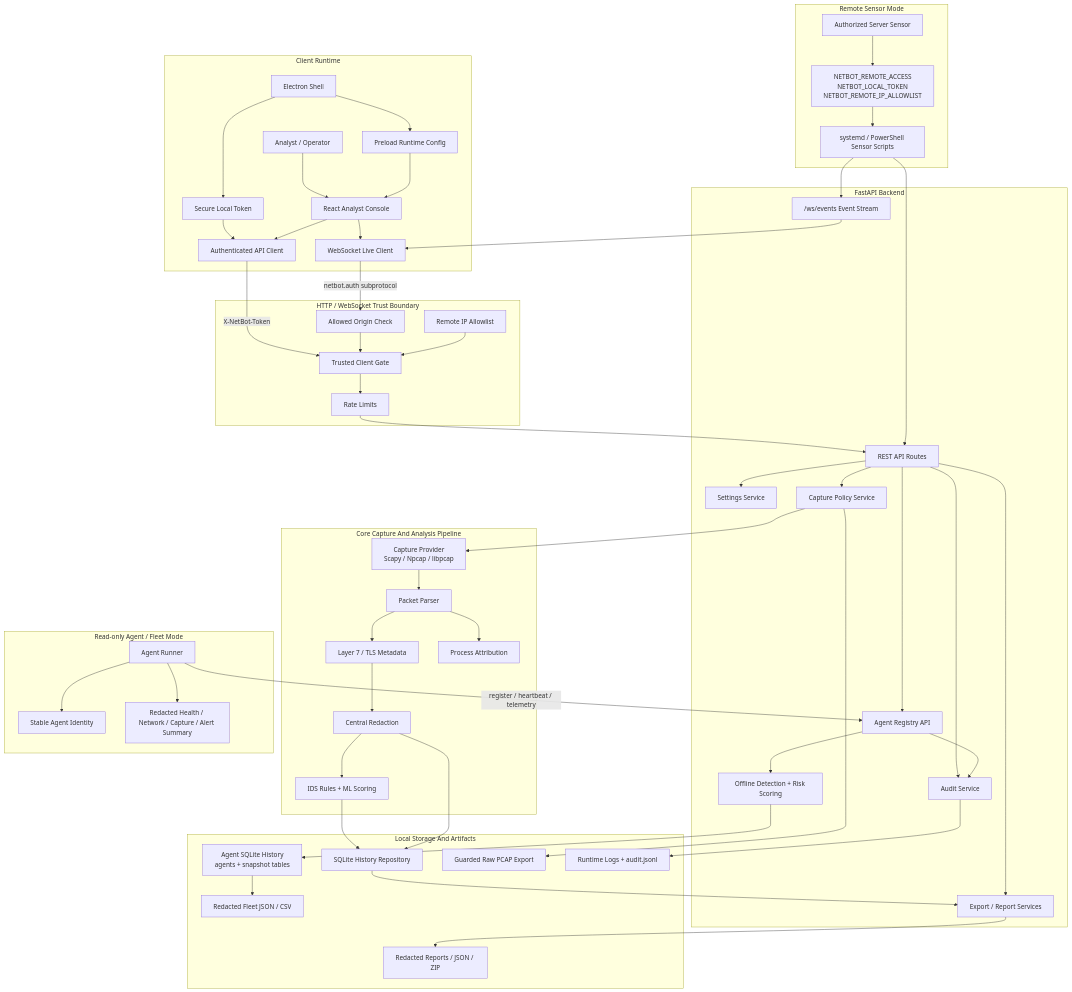
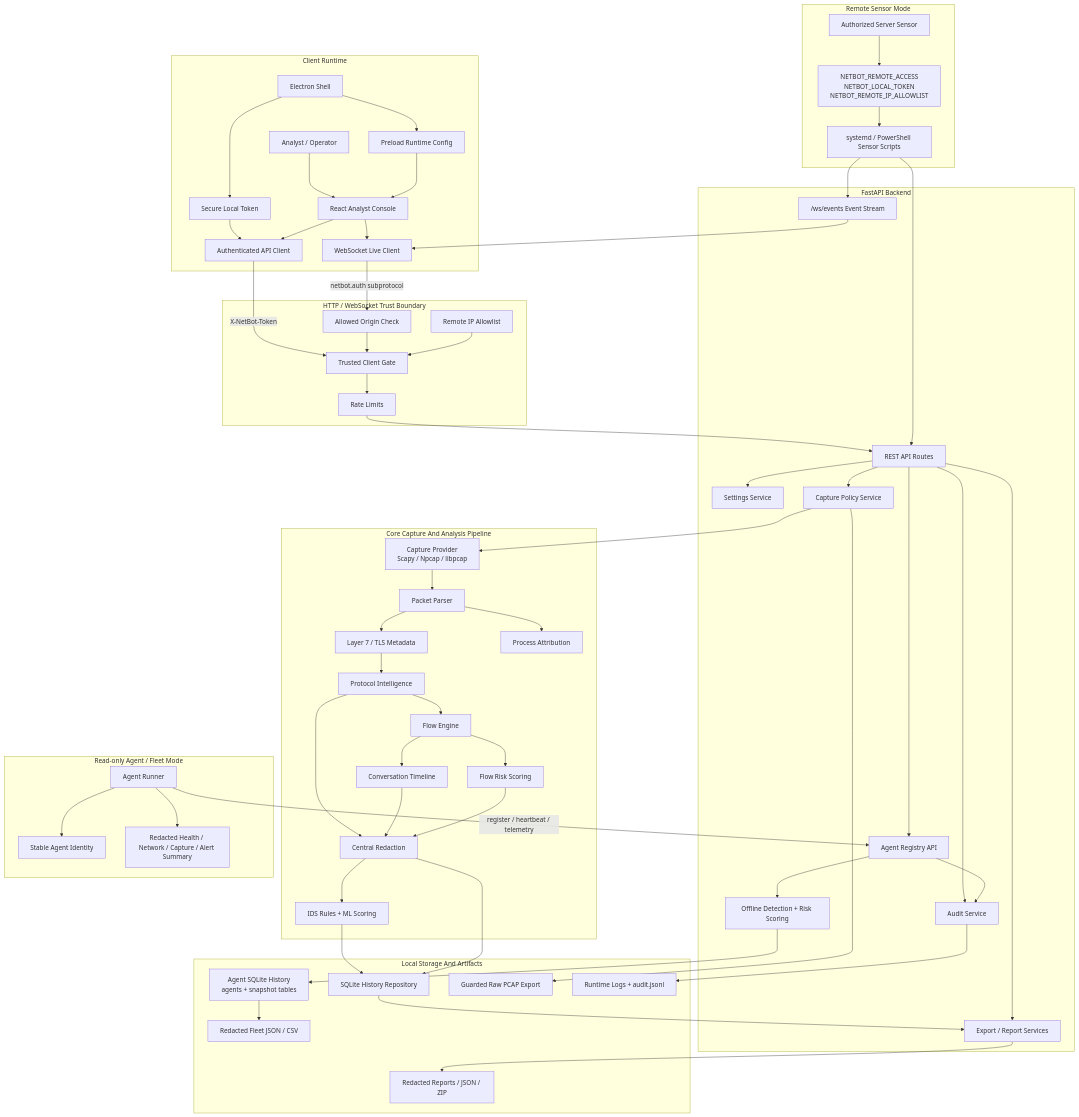
Before and after one commit to XploitGost/Netbotpro: the diagram in docs/ARCHITECTURE.md, drawn with Mermaid. The commit also changed other lines of this file and 26 other files, not shown here.

Commit message:
Add protocol intelligence and flow analysis

```diff
--- a/docs/ARCHITECTURE.md
+++ b/docs/ARCHITECTURE.md
@@ -52,6 +52,10 @@
         Provider["Capture Provider<br/>Scapy / Npcap / libpcap"]
         Parser["Packet Parser"]
         Layer7["Layer 7 / TLS Metadata"]
+        ProtocolIntel["Protocol Intelligence"]
+        FlowEngine["Flow Engine"]
+        Conversation["Conversation Timeline"]
+        FlowRisk["Flow Risk Scoring"]
         Redaction["Central Redaction"]
         Detection["IDS Rules + ML Scoring"]
         Process["Process Attribution"]
@@ -95,7 +99,12 @@
     Routes --> AgentAPI
     Events --> LiveClient
     CapturePolicy --> Provider
-    Provider --> Parser --> Layer7 --> Redaction
+    Provider --> Parser --> Layer7 --> ProtocolIntel --> FlowEngine
+    FlowEngine --> Conversation
+    FlowEngine --> FlowRisk
+    ProtocolIntel --> Redaction
+    Conversation --> Redaction
+    FlowRisk --> Redaction
     Redaction --> Detection
     Parser --> Process
     Detection --> History
```
